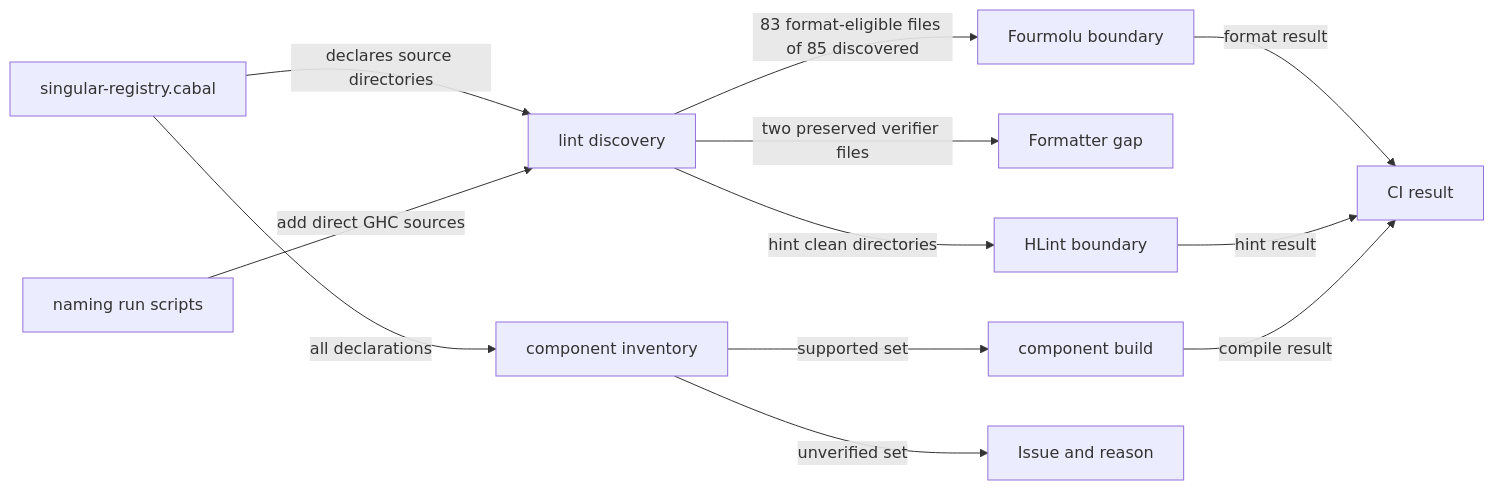
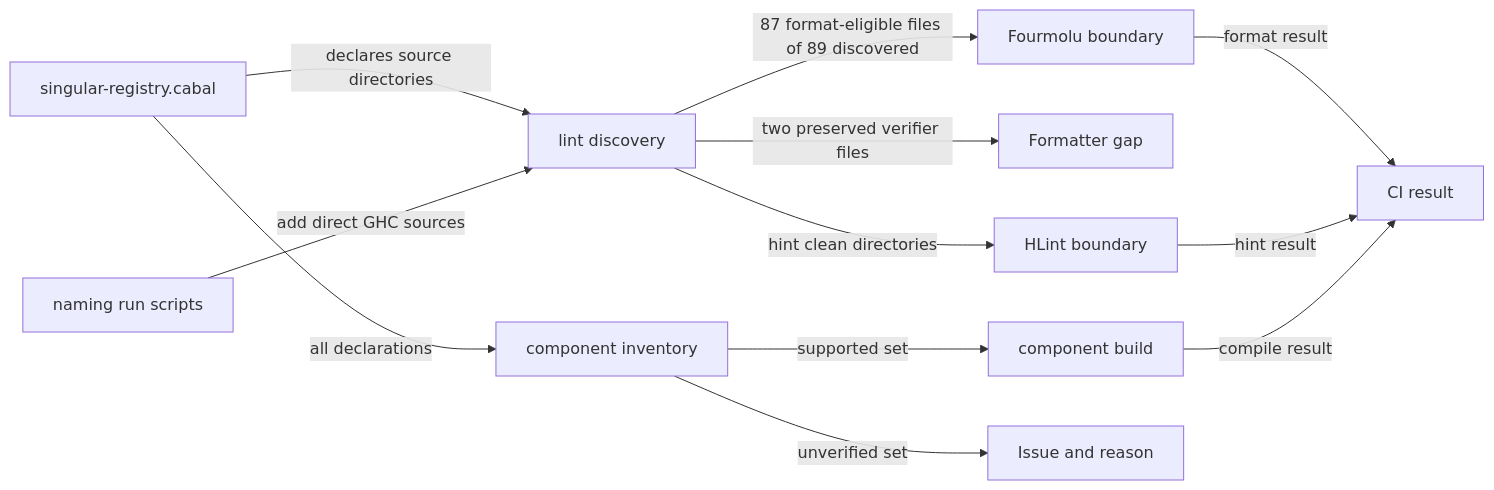
One commit to lambdasistemi/singular changed the diagram in docs/offchain-development.md. Above: the diagram before and after it, drawn with Mermaid. The commit also changed other lines of this file and 29 other files, not shown here.

````diff
--- a/docs/offchain-development.md
+++ b/docs/offchain-development.md
@@ -19,14 +19,14 @@
 ```mermaid
 flowchart LR
     C[singular-registry.cabal] -->|declares source directories| D[lint discovery]
     N[naming run scripts] -->|add direct GHC sources| D
-    D -->|83 format-eligible files of 85 discovered| F[Fourmolu boundary]
+    D -->|87 format-eligible files of 89 discovered| F[Fourmolu boundary]
     D -->|two preserved verifier files| X[Formatter gap]
     D -->|hint clean directories| H[HLint boundary]
     C -->|all declarations| I[component inventory]
     I -->|supported set| B[component build]
     I -->|unverified set| U[Issue and reason]
     F -->|format result| CI[CI result]
     H -->|hint result| CI
     B -->|compile result| CI
 ```
````
